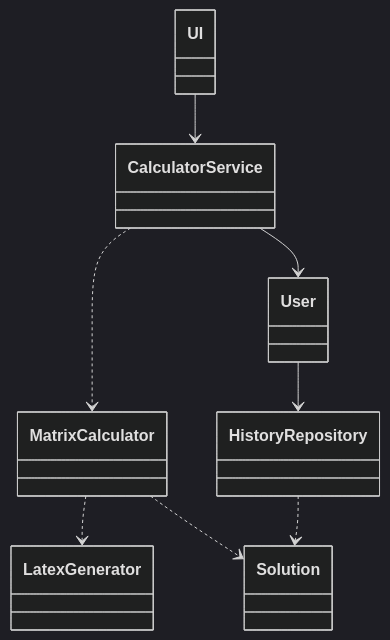
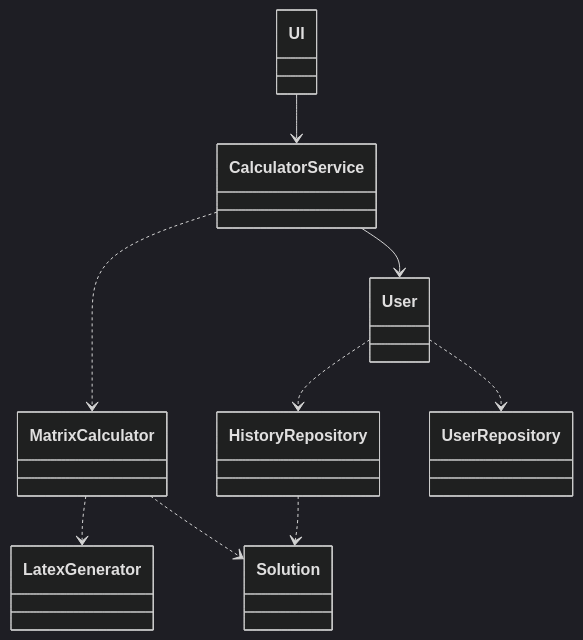
Before and after one commit to 0442/ot-harjoitustyo: the diagram in dokumentaatio/arkkitehtuuri.md, drawn with Mermaid (dark theme).

````diff
--- a/dokumentaatio/arkkitehtuuri.md
+++ b/dokumentaatio/arkkitehtuuri.md
@@ -1,12 +1,13 @@
 ```mermaid
 classDiagram
     UI --> CalculatorService
     MatrixCalculator ..> LatexGenerator
-
-    User --> HistoryRepository
+    
+    User  ..> HistoryRepository
     CalculatorService ..> MatrixCalculator
     CalculatorService --> User
 
     HistoryRepository ..> Solution
+    User ..> UserRepository 
     MatrixCalculator ..> Solution
 ```
````
